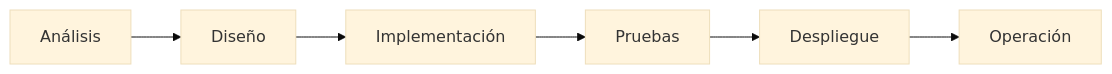
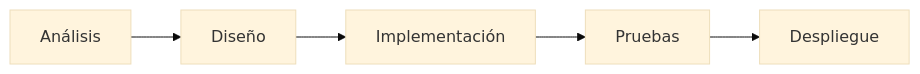
The eighth of 10 diagrams in docs/tema1/fases.md (aitorventura/entornos-de-desarrollo), drawn with Mermaid (base theme) before and after one commit. The commit also changed other lines of this file and 348 other files, not shown here.

````diff
--- a/docs/tema1/fases.md
+++ b/docs/tema1/fases.md
@@ -771,8 +540,4 @@
 ```mermaid
 flowchart LR
-  A[Análisis] --> B[Diseño]
-  B --> C[Implementación]
-  C --> D[Pruebas]
-  D --> E[Despliegue]
-  E --> F[Operación]
+  A[Análisis] --> B[Diseño] --> C[Implementación] --> D[Pruebas] --> E[Despliegue]
 ```
````
